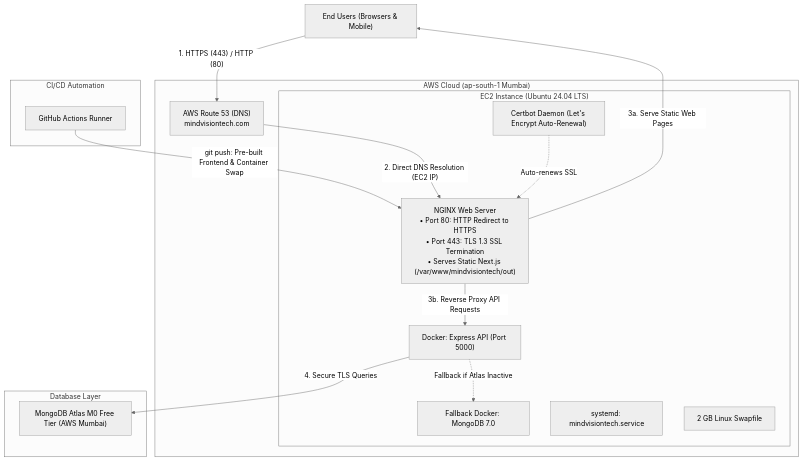
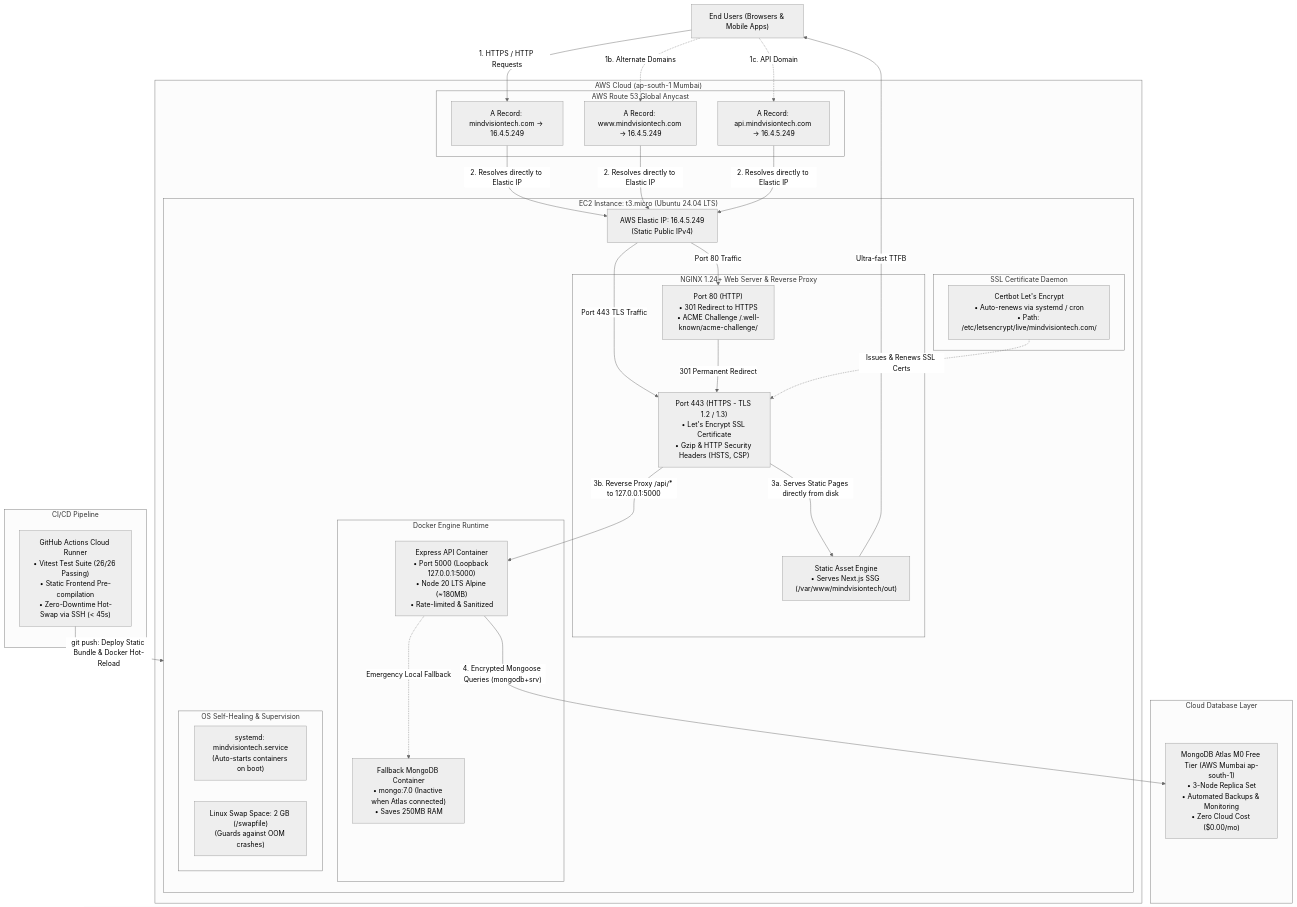
Before and after one commit to vasanthakumarj2004/mindvisiontech: the first of 2 diagrams in README.md, drawn with Mermaid (neutral theme). The commit also changed other lines of this file and 1 other file, not shown here.

Commit message:
docs: update system architecture diagram and comprehensive cost details with Elastic IP and ALB elimination savings

````diff
--- a/README.md
+++ b/README.md
@@ -22,35 +22,65 @@
 ```mermaid
 flowchart TD
-    Users["End Users (Browsers & Mobile)"]
+    Users["End Users (Browsers & Mobile Apps)"]
 
     subgraph AWS["AWS Cloud (ap-south-1 Mumbai)"]
-        R53["AWS Route 53 (DNS)<br/>mindvisiontech.com"]
-        
-        subgraph EC2["EC2 Instance (Ubuntu 24.04 LTS)"]
-            NGINX["NGINX Web Server<br/>• Port 80: HTTP Redirect to HTTPS<br/>• Port 443: TLS 1.3 SSL Termination<br/>• Serves Static Next.js (/var/www/mindvisiontech/out)"]
-            Certbot["Certbot Daemon (Let's Encrypt Auto-Renewal)"]
-            API["Docker: Express API (Port 5000)"]
-            LocalMongo["Fallback Docker: MongoDB 7.0"]
-            Systemd["systemd: mindvisiontech.service"]
-            Swap["2 GB Linux Swapfile"]
+        subgraph DNS["AWS Route 53 Global Anycast"]
+            R53Apex["A Record: mindvisiontech.com &rarr; 16.4.5.249"]
+            R53WWW["A Record: www.mindvisiontech.com &rarr; 16.4.5.249"]
+            R53API["A Record: api.mindvisiontech.com &rarr; 16.4.5.249"]
+        end
+
+        subgraph EC2Host["EC2 Instance: t3.micro (Ubuntu 24.04 LTS)"]
+            EIP["AWS Elastic IP: 16.4.5.249<br/>(Static Public IPv4)"]
+
+            subgraph WebProxy["NGINX 1.24+ Web Server & Reverse Proxy"]
+                P80["Port 80 (HTTP)<br/>• 301 Redirect to HTTPS<br/>• ACME Challenge /.well-known/acme-challenge/"]
+                P443["Port 443 (HTTPS - TLS 1.2 / 1.3)<br/>• Let's Encrypt SSL Certificate<br/>• Gzip & HTTP Security Headers (HSTS, CSP)"]
+                StaticFiles["Static Asset Engine<br/>• Serves Next.js SSG (/var/www/mindvisiontech/out)"]
+            end
+
+            subgraph CertbotLayer["SSL Certificate Daemon"]
+                Certbot["Certbot Let's Encrypt<br/>• Auto-renews via systemd / cron<br/>• Path: /etc/letsencrypt/live/mindvisiontech.com/"]
+            end
+
+            subgraph DockerServices["Docker Engine Runtime"]
+                API["Express API Container<br/>• Port 5000 (Loopback 127.0.0.1:5000)<br/>• Node 20 LTS Alpine (~180MB)<br/>• Rate-limited & Sanitized"]
+                LocalMongo["Fallback MongoDB Container<br/>• mongo:7.0 (Inactive when Atlas connected)<br/>• Saves 250MB RAM"]
+            end
+
+            subgraph SystemResilience["OS Self-Healing & Supervision"]
+                Systemd["systemd: mindvisiontech.service<br/>(Auto-starts containers on boot)"]
+                Swap["Linux Swap Space: 2 GB (/swapfile)<br/>(Guards against OOM crashes)"]
+            end
         end
     end
 
-    subgraph DB["Database Layer"]
-        Atlas["MongoDB Atlas M0 Free Tier (AWS Mumbai)"]
+    subgraph ManagedDB["Cloud Database Layer"]
+        Atlas["MongoDB Atlas M0 Free Tier (AWS Mumbai ap-south-1)<br/>• 3-Node Replica Set<br/>• Automated Backups & Monitoring<br/>• Zero Cloud Cost ($0.00/mo)"]
     end
 
-    subgraph CI["CI/CD Automation"]
-        GHA["GitHub Actions Runner"]
+    subgraph Automation["CI/CD Pipeline"]
+        GHA["GitHub Actions Cloud Runner<br/>• Vitest Test Suite (26/26 Passing)<br/>• Static Frontend Pre-compilation<br/>• Zero-Downtime Hot-Swap via SSH (< 45s)"]
     end
 
-    Users -->|"1. HTTPS (443) / HTTP (80)"| R53
-    R53 -->|"2. Direct DNS Resolution (EC2 IP)"| NGINX
-    Certbot -.->|"Auto-renews SSL"| NGINX
-    NGINX -->|"3a. Serve Static Web Pages"| Users
-    NGINX -->|"3b. Reverse Proxy API Requests"| API
-    API -->|"4. Secure TLS Queries"| Atlas
-    API -.->|"Fallback if Atlas Inactive"| LocalMongo
+    %% Traffic Flow
+    Users -->|"1. HTTPS / HTTP Requests"| R53Apex
+    Users -.->|"1b. Alternate Domains"| R53WWW
+    Users -.->|"1c. API Domain"| R53API
+    R53Apex -->|"2. Resolves directly to Elastic IP"| EIP
+    R53WWW -->|"2. Resolves directly to Elastic IP"| EIP
+    R53API -->|"2. Resolves directly to Elastic IP"| EIP
 
-    GHA -->|"git push: Pre-built Frontend & Container Swap"| NGINX
+    EIP -->|"Port 80 Traffic"| P80
+    EIP -->|"Port 443 TLS Traffic"| P443
+    P80 -->|"301 Permanent Redirect"| P443
+    Certbot -.->|"Issues & Renews SSL Certs"| P443
+
+    P443 -->|"3a. Serves Static Pages directly from disk"| StaticFiles
+    StaticFiles -->|"Ultra-fast TTFB"| Users
+    P443 -->|"3b. Reverse Proxy /api/* to 127.0.0.1:5000"| API
+    API -->|"4. Encrypted Mongoose Queries (mongodb+srv)"| Atlas
+    API -.->|"Emergency Local Fallback"| LocalMongo
+
+    GHA -->|"git push: Deploy Static Bundle & Docker Hot-Reload"| EC2Host
 ```
````
